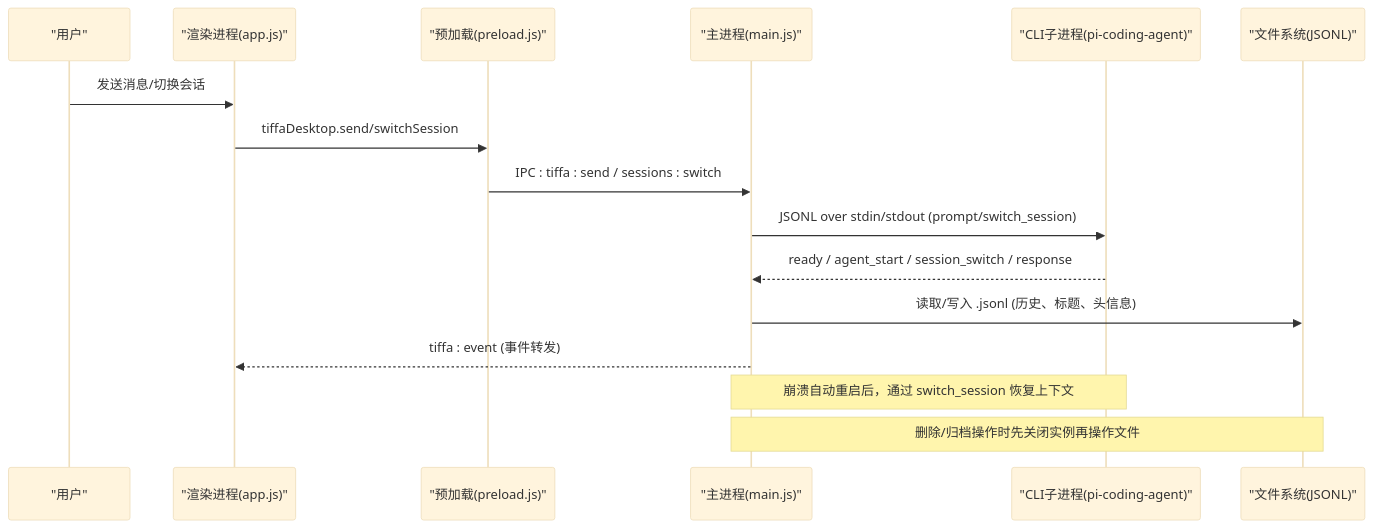
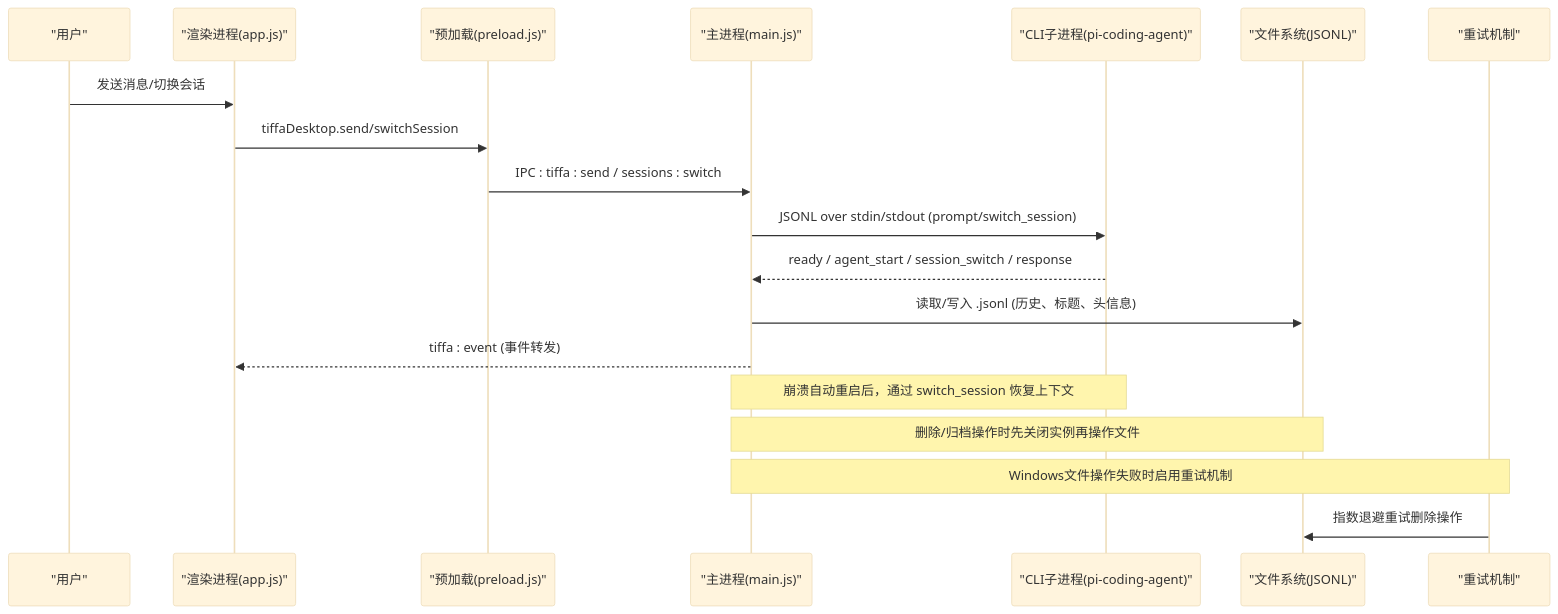
The second of 10 diagrams in .qoder/repowiki/zh/content/核心架构/会话管理与上下文恢复.md (swond-Mao/Tiffa), drawn with Mermaid (base theme) before and after one commit. The commit also changed other lines of this file and 49 other files, not shown here.

````diff
--- a/.qoder/repowiki/zh/content/核心架构/会话管理与上下文恢复.md
+++ b/.qoder/repowiki/zh/content/核心架构/会话管理与上下文恢复.md
@@ -87,18 +96,21 @@
 ```mermaid
 sequenceDiagram
 participant U as "用户"
 participant R as "渲染进程(app.js)"
 participant P as "预加载(preload.js)"
 participant M as "主进程(main.js)"
 participant C as "CLI子进程(pi-coding-agent)"
 participant F as "文件系统(JSONL)"
+participant RM as "重试机制"
 U->>R : 发送消息/切换会话
 R->>P : tiffaDesktop.send/switchSession
 P->>M : IPC : tiffa : send / sessions : switch
 M->>C : JSONL over stdin/stdout (prompt/switch_session)
 C-->>M : ready / agent_start / session_switch / response
 M->>F : 读取/写入 .jsonl (历史、标题、头信息)
 M-->>R : tiffa : event (事件转发)
 Note over M,C : 崩溃自动重启后，通过 switch_session 恢复上下文
 Note over M,F : 删除/归档操作时先关闭实例再操作文件
+Note over M,RM : Windows文件操作失败时启用重试机制
+RM->>F : 指数退避重试删除操作
 ```
````
